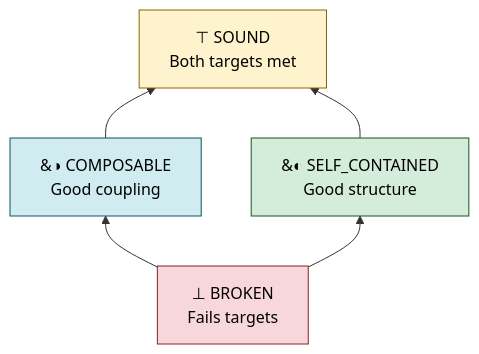
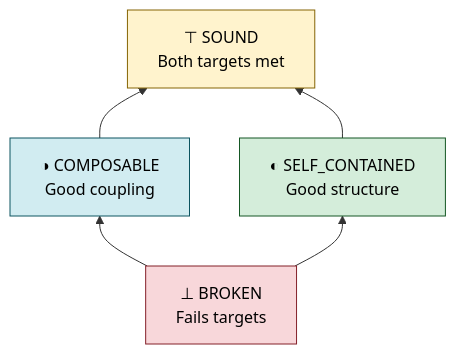
One commit to Krv-Labs/topos changed the diagram in README.md. Above: the diagram before and after it, drawn with Mermaid. The commit also changed other lines of this file, not shown here.

````diff
--- a/README.md
+++ b/README.md
@@ -27,17 +23,17 @@
 ```mermaid
 graph BT
-    BROKEN["&perp; BROKEN<br/>Fails targets"]
-    COMPOSABLE["&#9681; COMPOSABLE<br/>Good coupling"]
-    SELF_CONTAINED["&#9680; SELF_CONTAINED<br/>Good structure"]
-    SOUND["&top; SOUND<br/>Both targets met"]
+    BROKEN["⊥ BROKEN<br/>Fails targets"]
+    COMPOSABLE["◑ COMPOSABLE<br/>Good coupling"]
+    SELF_CONTAINED["◐ SELF_CONTAINED<br/>Good structure"]
+    SOUND["⊤ SOUND<br/>Both targets met"]
 
     BROKEN --> COMPOSABLE
     BROKEN --> SELF_CONTAINED
     COMPOSABLE --> SOUND
     SELF_CONTAINED --> SOUND
 
     style BROKEN         fill:#f8d7da,stroke:#842029,color:#000
     style COMPOSABLE     fill:#d1ecf1,stroke:#0c5460,color:#000
     style SELF_CONTAINED fill:#d4edda,stroke:#155724,color:#000
     style SOUND          fill:#fff3cd,stroke:#856404,color:#000
 ```
````
